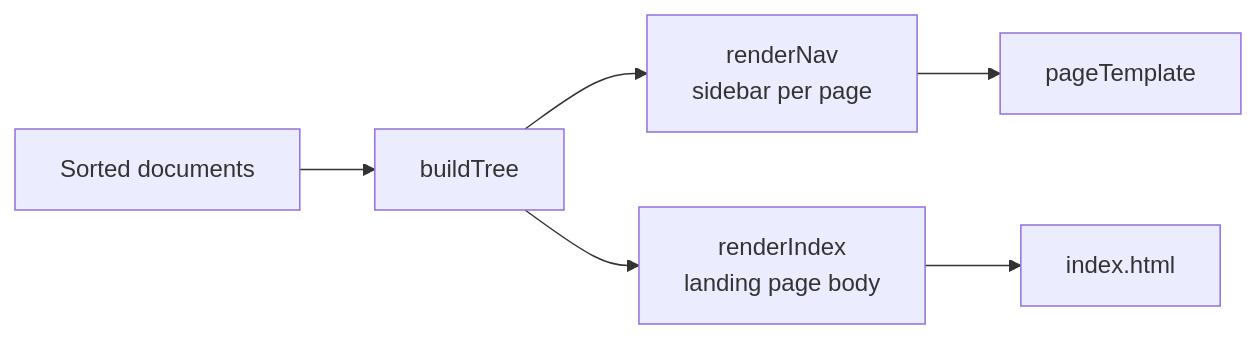
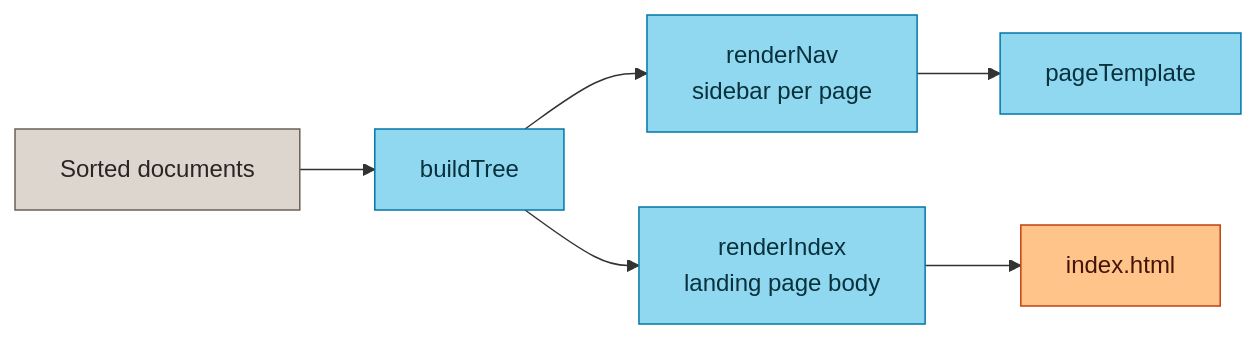
One commit to fordaj/barnacle changed the diagram in internal/barnacle/nav.go.md. Above: the diagram before and after it, drawn with Mermaid. The commit also changed 23 other files, not shown here.

````diff
--- a/internal/barnacle/nav.go.md
+++ b/internal/barnacle/nav.go.md
@@ -3,10 +3,16 @@
 ```mermaid
 flowchart LR
-    Docs[Sorted documents] --> Tree[buildTree]
+    Docs["Sorted documents"] --> Tree[buildTree]
     Tree --> Nav[renderNav<br/>sidebar per page]
     Tree --> Index[renderIndex<br/>landing page body]
     Nav --> Page[pageTemplate]
-    Index --> Landing[index.html]
+    Index --> Landing["index.html"]
     click Tree href "site.go.md"
     click Page href "template.go.md"
+    class Docs mdFile
+    class Tree,Nav,Index,Page goFile
+    class Landing htmlFile
+    classDef mdFile fill:#dcd6ce,stroke:#6b6255,color:#292524
+    classDef goFile fill:#8fd8ef,stroke:#0277a8,color:#08303d
+    classDef htmlFile fill:#ffc48a,stroke:#c2410c,color:#431407
 ```
````
